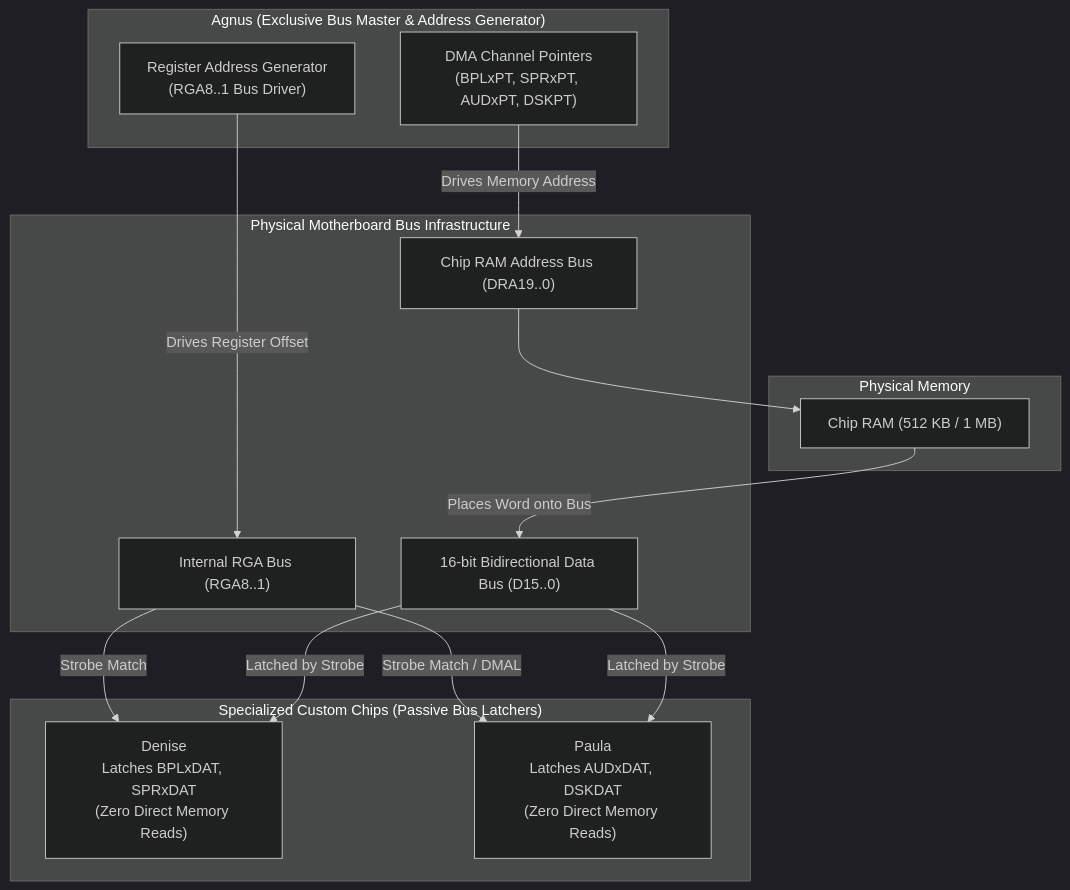
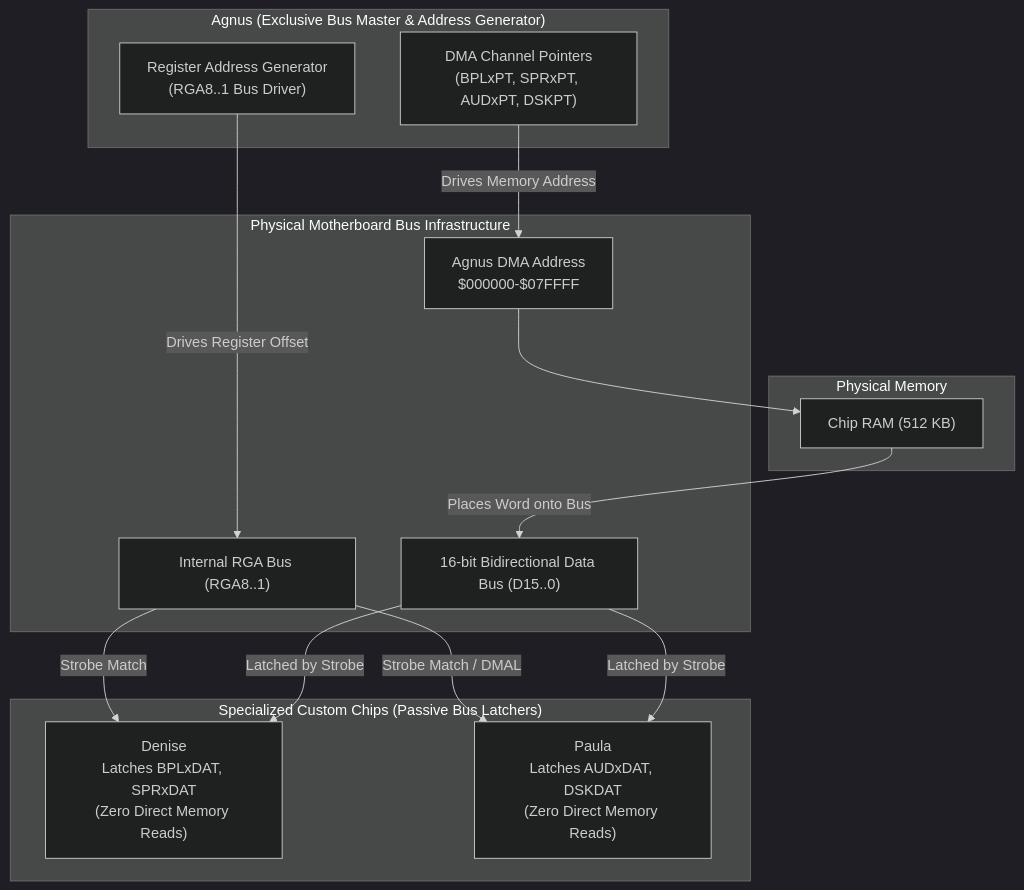
One commit to tomek-anuszkiewicz/amiga-studio changed the second of 3 diagrams in Obsidian/Amiga/Design/General Architecture.md. Above: the diagram before and after it, drawn with Mermaid (dark theme). The commit also changed other lines of this file and 13 other files, not shown here.

First line of the commit message:
fix(agnus): bound OCS DMA pointers to 512 KB

````diff
--- a/Obsidian/Amiga/Design/General Architecture.md
+++ b/Obsidian/Amiga/Design/General Architecture.md
@@ -47,31 +47,31 @@
 ```mermaid
 flowchart TD
     subgraph AGNUS_BLOCK ["Agnus (Exclusive Bus Master & Address Generator)"]
         AGNUS_DMA["DMA Channel Pointers\n(BPLxPT, SPRxPT, AUDxPT, DSKPT)"]
         RGA_GEN["Register Address Generator\n(RGA8..1 Bus Driver)"]
     end
 
     subgraph BUSES ["Physical Motherboard Bus Infrastructure"]
-        ADDR_BUS["Chip RAM Address Bus (DRA19..0)"]
+        ADDR_BUS["Agnus DMA Address<br/>$000000-$07FFFF"]
         RGA_BUS["Internal RGA Bus (RGA8..1)"]
         DATA_BUS["16-bit Bidirectional Data Bus (D15..0)"]
     end
 
     subgraph MEM ["Physical Memory"]
-        CRAM["Chip RAM (512 KB / 1 MB)"]
+        CRAM["Chip RAM (512 KB)"]
     end
 
     subgraph RECEIVERS ["Specialized Custom Chips (Passive Bus Latchers)"]
         DENISE["Denise\nLatches BPLxDAT, SPRxDAT\n(Zero Direct Memory Reads)"]
         PAULA["Paula\nLatches AUDxDAT, DSKDAT\n(Zero Direct Memory Reads)"]
     end
 
     AGNUS_DMA -->|Drives Memory Address| ADDR_BUS
     RGA_GEN -->|Drives Register Offset| RGA_BUS
     ADDR_BUS --> CRAM
     CRAM -->|Places Word onto Bus| DATA_BUS
     RGA_BUS -->|Strobe Match| DENISE
     RGA_BUS -->|Strobe Match / DMAL| PAULA
     DATA_BUS -->|Latched by Strobe| DENISE
     DATA_BUS -->|Latched by Strobe| PAULA
 ```
````
